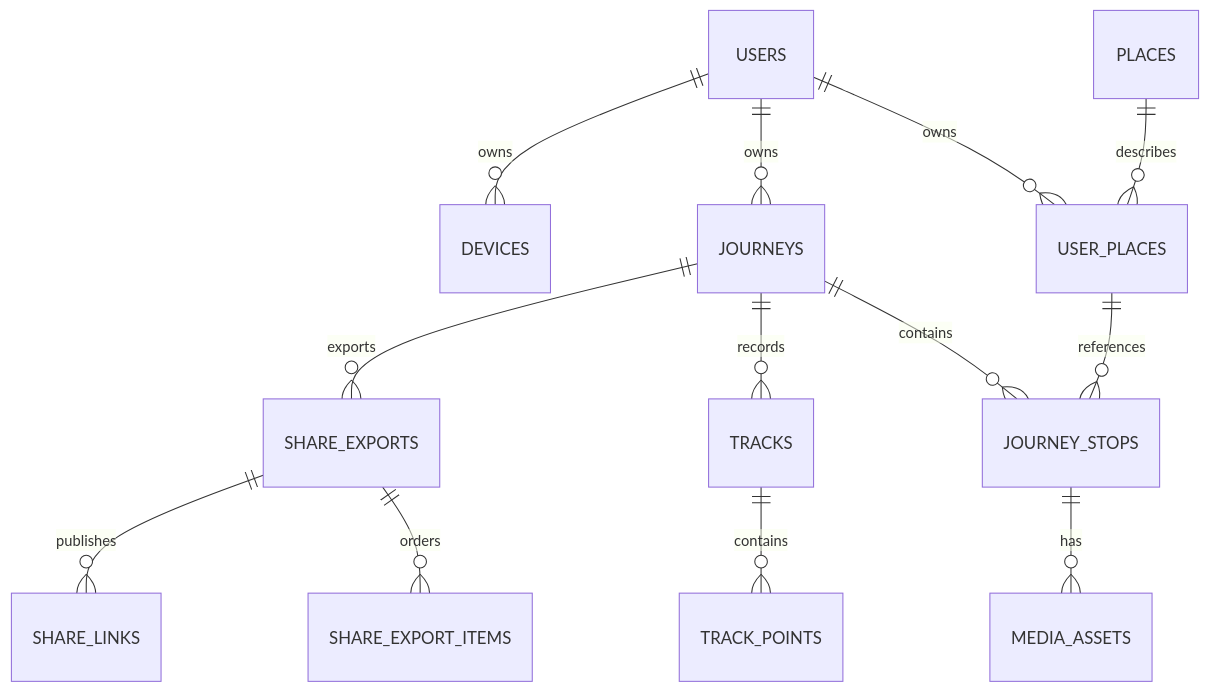
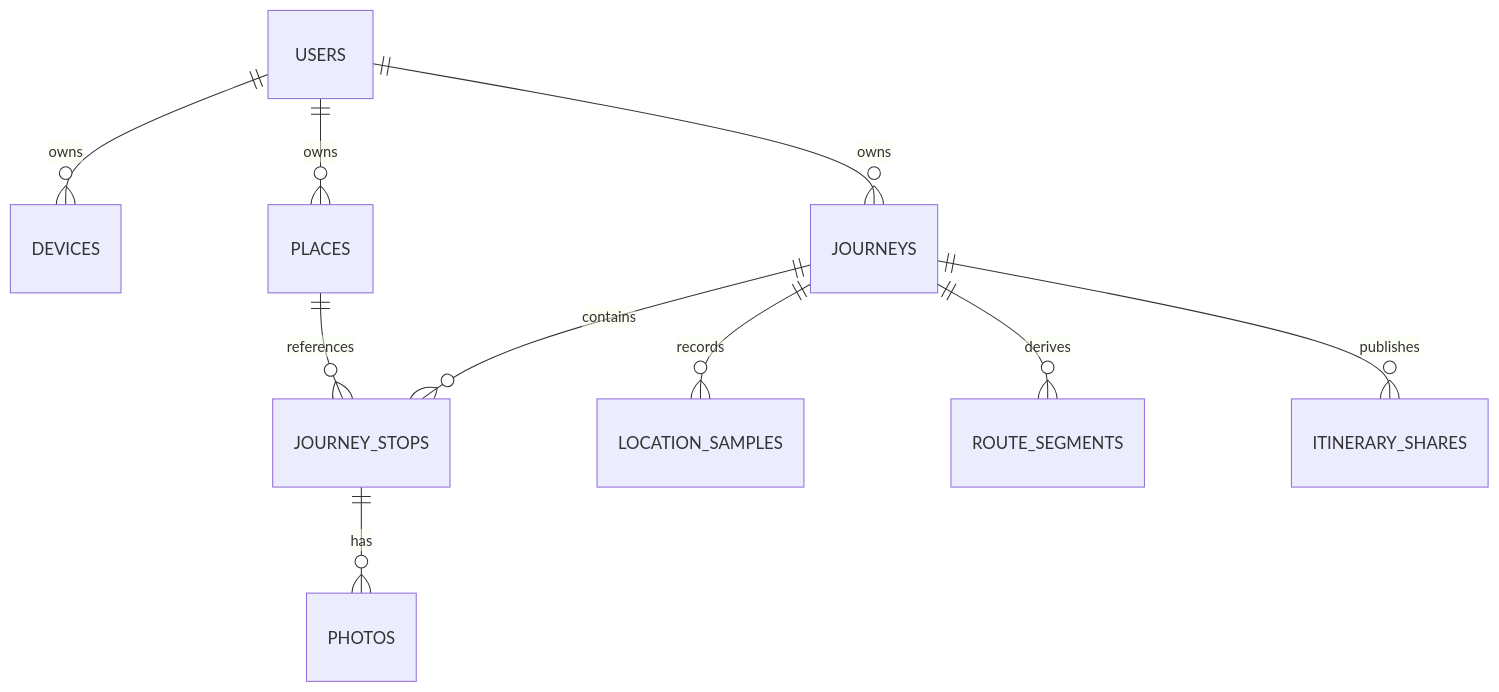
The second of 3 diagrams in docs/architecture-design.md (sourav-tech-artisan/Pinerary), drawn with Mermaid before and after one commit. The commit also changed other lines of this file and 7 other files, not shown here.

````diff
--- a/docs/architecture-design.md
+++ b/docs/architecture-design.md
@@ -293,15 +290,12 @@
 ```mermaid
 erDiagram
     USERS ||--o{ DEVICES : owns
-    USERS ||--o{ USER_PLACES : owns
-    PLACES ||--o{ USER_PLACES : describes
+    USERS ||--o{ PLACES : owns
     USERS ||--o{ JOURNEYS : owns
     JOURNEYS ||--o{ JOURNEY_STOPS : contains
-    USER_PLACES ||--o{ JOURNEY_STOPS : references
-    JOURNEYS ||--o{ TRACKS : records
-    TRACKS ||--o{ TRACK_POINTS : contains
-    JOURNEY_STOPS ||--o{ MEDIA_ASSETS : has
-    JOURNEYS ||--o{ SHARE_EXPORTS : exports
-    SHARE_EXPORTS ||--o{ SHARE_EXPORT_ITEMS : orders
-    SHARE_EXPORTS ||--o{ SHARE_LINKS : publishes
+    PLACES ||--o{ JOURNEY_STOPS : references
+    JOURNEYS ||--o{ LOCATION_SAMPLES : records
+    JOURNEYS ||--o{ ROUTE_SEGMENTS : derives
+    JOURNEY_STOPS ||--o{ PHOTOS : has
+    JOURNEYS ||--o{ ITINERARY_SHARES : publishes
 ```
````
